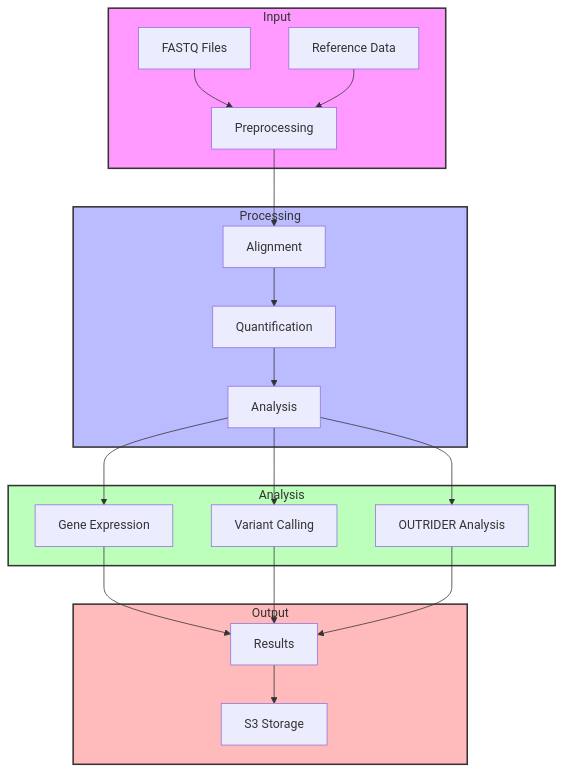
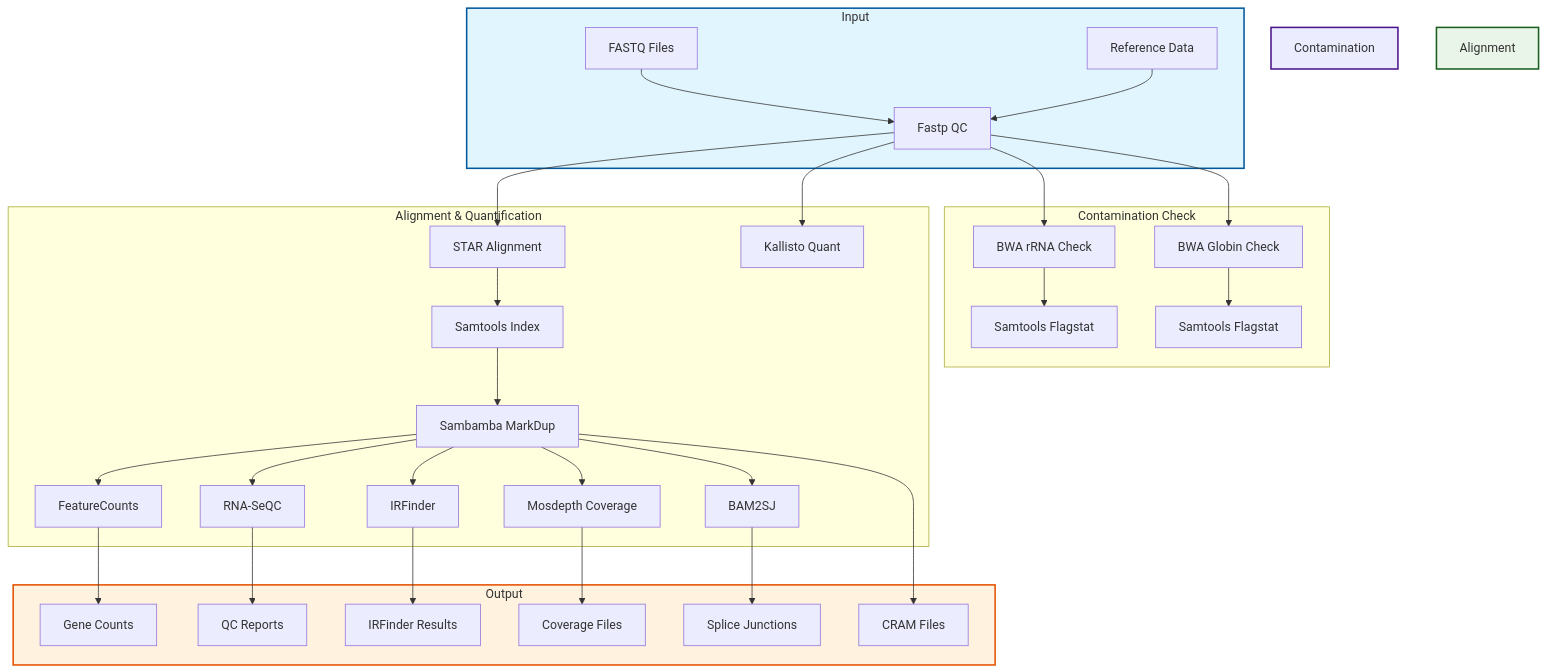
One commit to uclanelsonlab/nl-rna-seq_wf changed the diagram in README.md. Above: the diagram before and after it, drawn with Mermaid. The commit also changed other lines of this file and 3 other files, not shown here.

````diff
--- a/README.md
+++ b/README.md
@@ -7,31 +23,40 @@
 ```mermaid
 graph TB
     subgraph Input
-        A1[FASTQ Files] --> B1[Preprocessing]
+        A1[FASTQ Files] --> B1[Fastp QC]
         A2[Reference Data] --> B1
     end
 
-    subgraph Processing
-        B1 --> C1[Alignment]
-        C1 --> D1[Quantification]
-        D1 --> E1[Analysis]
+    subgraph Contamination Check
+        B1 --> C1[BWA rRNA Check]
+        B1 --> C2[BWA Globin Check]
+        C1 --> D1[Samtools Flagstat]
+        C2 --> D2[Samtools Flagstat]
     end
 
-    subgraph Analysis
-        E1 --> F1[Gene Expression]
-        E1 --> F2[Variant Calling]
-        E1 --> F3[OUTRIDER Analysis]
+    subgraph Alignment & Quantification
+        B1 --> E1[STAR Alignment]
+        B1 --> E2[Kallisto Quant]
+        E1 --> F1[Samtools Index]
+        F1 --> F2[Sambamba MarkDup]
+        F2 --> G1[FeatureCounts]
+        F2 --> G2[RNA-SeQC]
+        F2 --> G3[IRFinder]
+        F2 --> G4[Mosdepth Coverage]
+        F2 --> G5[BAM2SJ]
     end
 
     subgraph Output
-        F1 --> G1[Results]
-        F2 --> G1
-        F3 --> G1
-        G1 --> H1[S3 Storage]
+        G1 --> H1[Gene Counts]
+        G2 --> H2[QC Reports]
+        G3 --> H3[IRFinder Results]
+        G4 --> H4[Coverage Files]
+        G5 --> H5[Splice Junctions]
+        F2 --> H6[CRAM Files]
     end
 
-    style Input fill:#f9f,stroke:#333,stroke-width:2px
-    style Processing fill:#bbf,stroke:#333,stroke-width:2px
-    style Analysis fill:#bfb,stroke:#333,stroke-width:2px
-    style Output fill:#fbb,stroke:#333,stroke-width:2px
+    style Input fill:#e1f5fe,stroke:#01579b,stroke-width:2px
+    style Contamination Check fill:#f3e5f5,stroke:#4a148c,stroke-width:2px
+    style Alignment fill:#e8f5e8,stroke:#1b5e20,stroke-width:2px
+    style Output fill:#fff3e0,stroke:#e65100,stroke-width:2px
 ```
````
